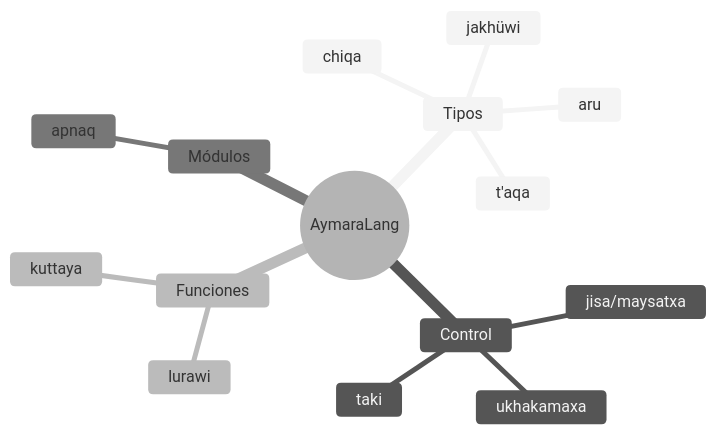
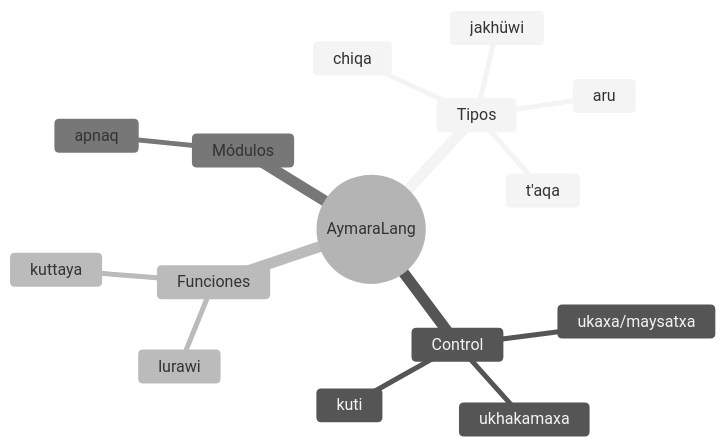
The diagram in docs/language.md (jhulio435m/aymaraLang), drawn with Mermaid (neutral theme) before and after one commit. The commit also changed other lines of this file and 96 other files, not shown here.

````diff
--- a/docs/language.md
+++ b/docs/language.md
@@ -19,18 +19,18 @@
 ```mermaid
 mindmap
   root((AymaraLang))
     Tipos
       jakhüwi
       aru
       chiqa
       t'aqa
     Control
-      jisa/maysatxa
+      ukaxa/maysatxa
       ukhakamaxa
-      taki
+      kuti
     Funciones
       lurawi
       kuttaya
     Módulos
       apnaq
 ```
````
